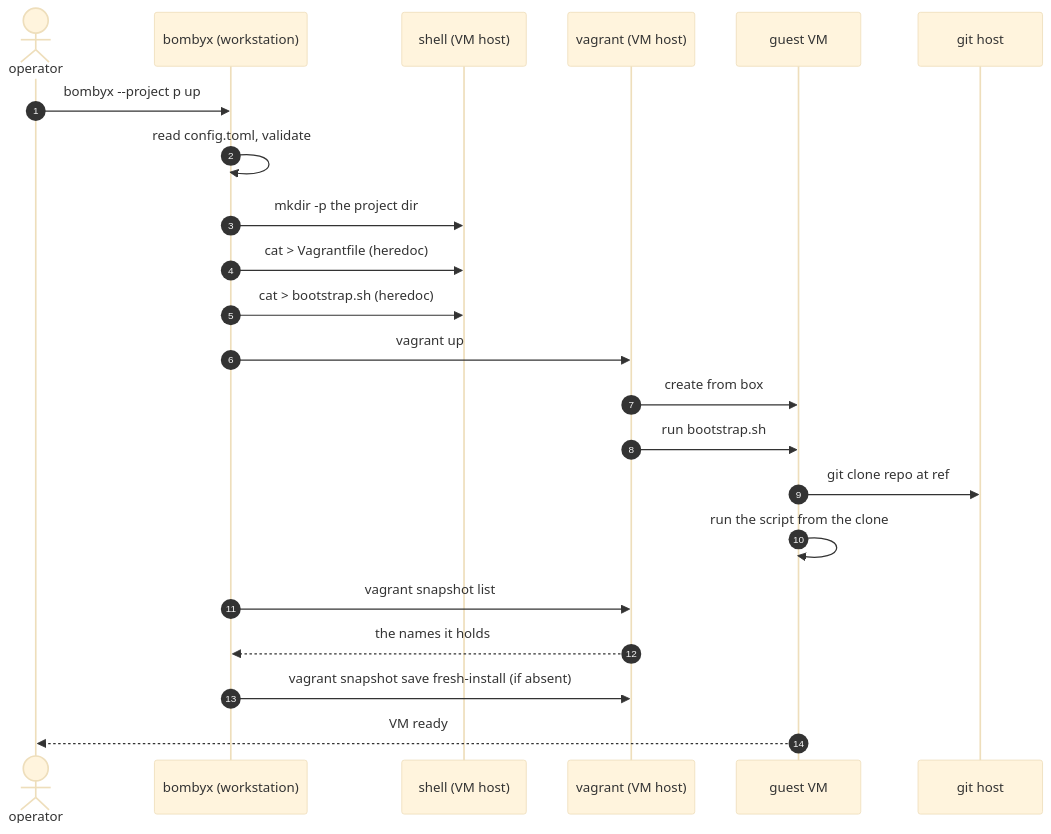
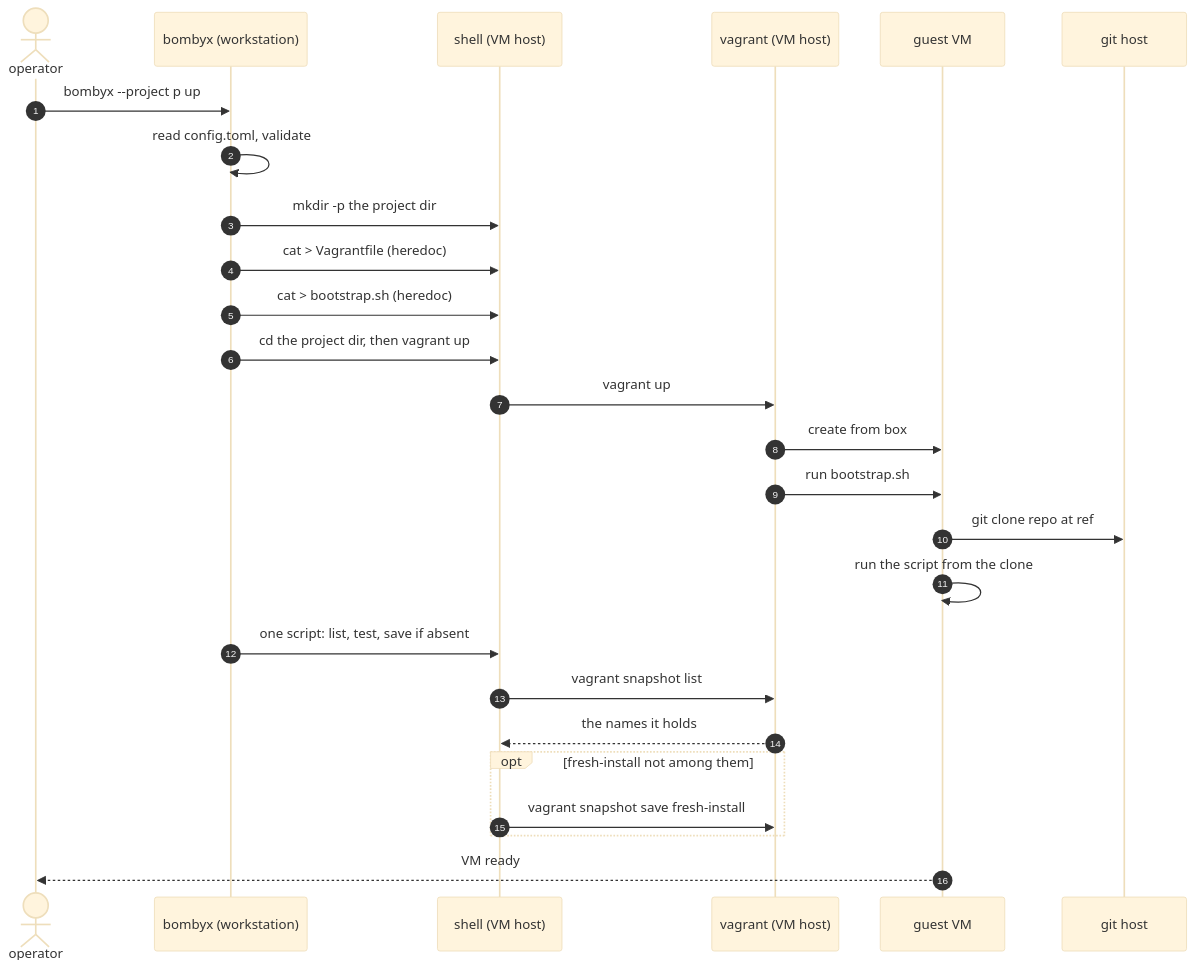
One commit to breki/bombyx changed the fifth of 6 diagrams in docs/architecture.md. Above: the diagram before and after it, drawn with Mermaid (base theme). The commit also changed other lines of this file and 12 other files, not shown here.

````diff
--- a/docs/architecture.md
+++ b/docs/architecture.md
@@ -332,25 +332,29 @@
 ```mermaid
 sequenceDiagram
   autonumber
   actor op as operator
   participant cli as bombyx (workstation)
   participant host as shell (VM host)
   participant vg as vagrant (VM host)
   participant guest as guest VM
   participant git as git host
 
   op->>cli: bombyx --project p up
   cli->>cli: read config.toml, validate
   cli->>host: mkdir -p the project dir
   cli->>host: cat > Vagrantfile (heredoc)
   cli->>host: cat > bootstrap.sh (heredoc)
-  cli->>vg: vagrant up
+  cli->>host: cd the project dir, then vagrant up
+  host->>vg: vagrant up
   vg->>guest: create from box
   vg->>guest: run bootstrap.sh
   guest->>git: git clone repo at ref
   guest->>guest: run the script from the clone
-  cli->>vg: vagrant snapshot list
-  vg-->>cli: the names it holds
-  cli->>vg: vagrant snapshot save fresh-install (if absent)
+  cli->>host: one script: list, test, save if absent
+  host->>vg: vagrant snapshot list
+  vg-->>host: the names it holds
+  opt fresh-install not among them
+    host->>vg: vagrant snapshot save fresh-install
+  end
   guest-->>op: VM ready
 ```
````
